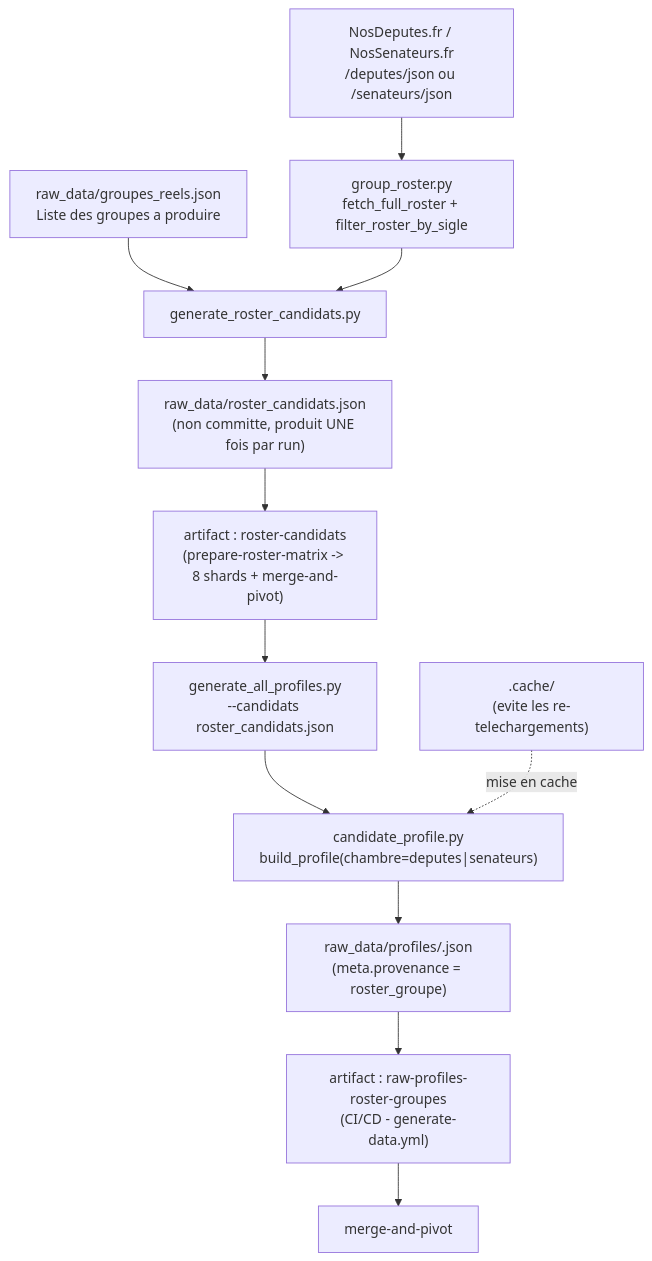
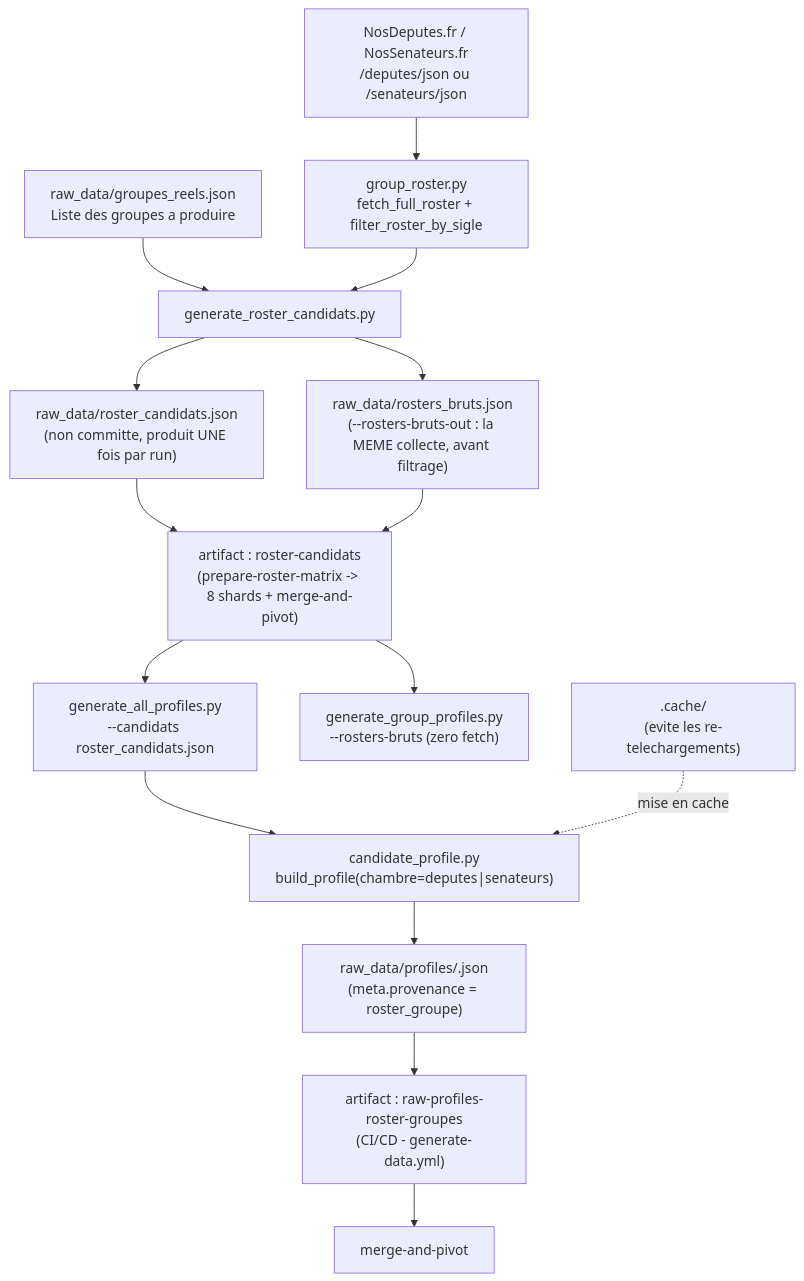
Before and after one commit to stephieED/Empreinte-politique-src: the diagram in docs/extract-roster-groupes.md, drawn with Mermaid. The commit also changed other lines of this file and 17 other files, not shown here.

````diff
--- a/docs/extract-roster-groupes.md
+++ b/docs/extract-roster-groupes.md
@@ -117,19 +117,22 @@
 ```mermaid
 flowchart TD
     G0["raw_data/groupes_reels.json\nListe des groupes a produire"] --> RC["generate_roster_candidats.py"]
 
     NS["NosDeputes.fr / NosSenateurs.fr\n/deputes/json ou /senateurs/json"] --> GR["group_roster.py\nfetch_full_roster + filter_roster_by_sigle"]
     GR --> RC
 
     RC --> RCJ["raw_data/roster_candidats.json\n(non committe, produit UNE fois par run)"]
+    RC --> RBJ["raw_data/rosters_bruts.json\n(--rosters-bruts-out : la MEME collecte, avant filtrage)"]
 
     RCJ --> ART["artifact : roster-candidats\n(prepare-roster-matrix -> 8 shards + merge-and-pivot)"]
+    RBJ --> ART
     ART --> B["generate_all_profiles.py\n--candidats roster_candidats.json"]
+    ART --> GP["generate_group_profiles.py\n--rosters-bruts (zero fetch)"]
     B --> C["candidate_profile.py\nbuild_profile(chambre=deputes|senateurs)"]
 
     CACHE[".cache/\n(evite les re-telechargements)"] -. mise en cache .-> C
 
     C --> D["raw_data/profiles/<slug>.json\n(meta.provenance = roster_groupe)"]
     D --> E["artifact : raw-profiles-roster-groupes\n(CI/CD - generate-data.yml)"]
     E --> F["merge-and-pivot"]
 ```
````
